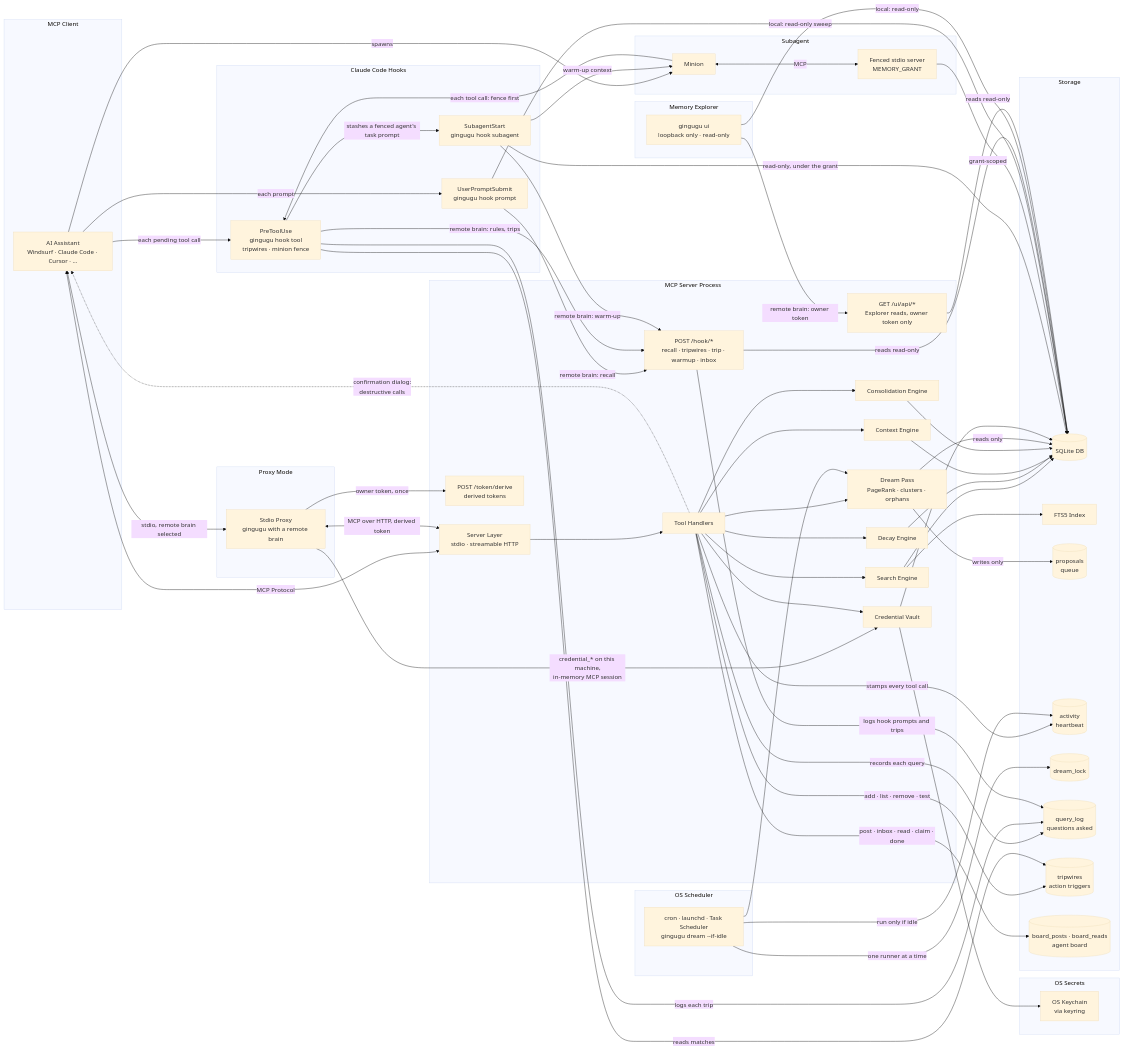
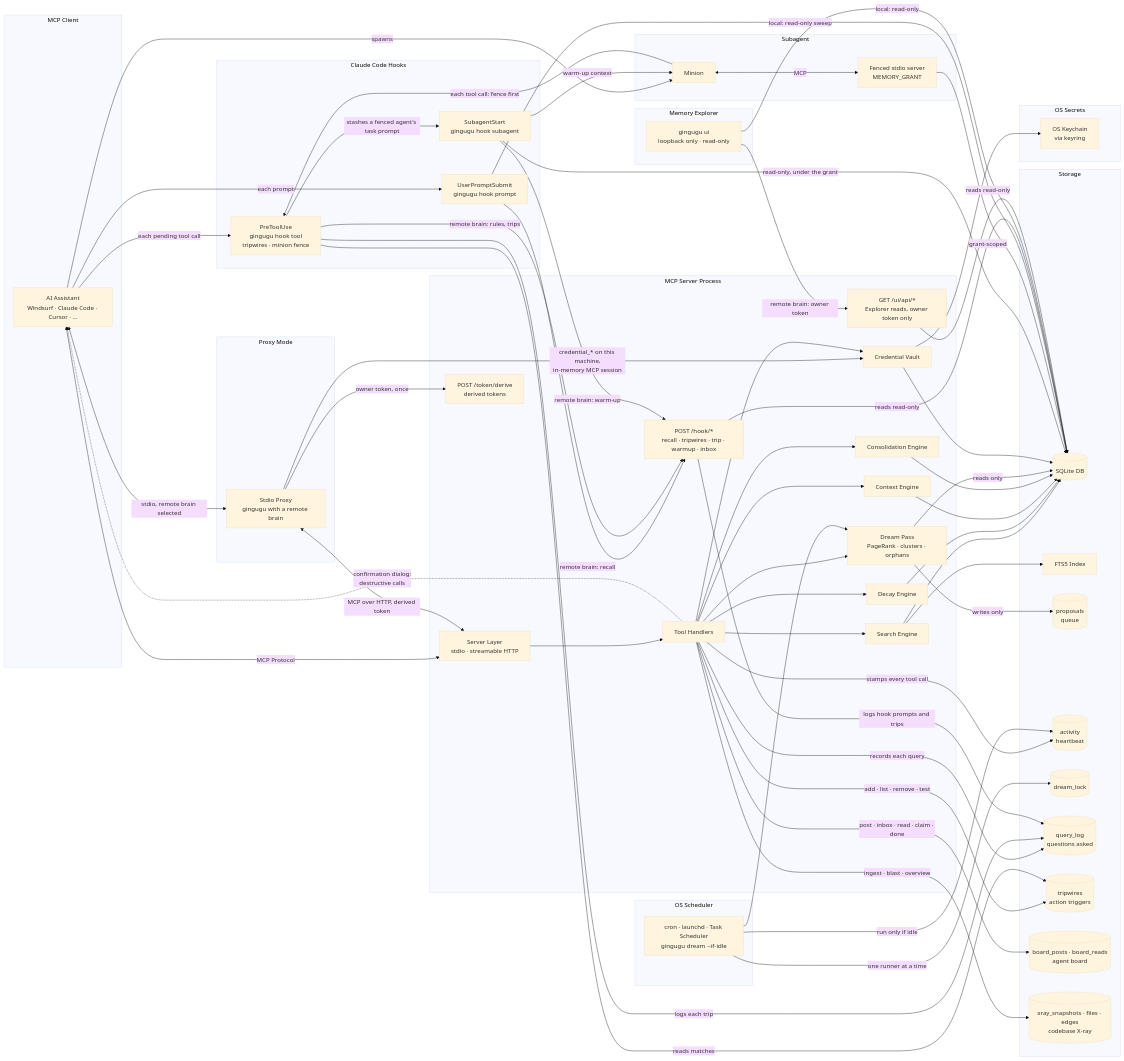
One commit to gingugu/gingugu changed the first of 2 diagrams in docs/architecture.md. Above: the diagram before and after it, drawn with Mermaid (base theme). The commit also changed 6 other files, not shown here.

First line of the commit message:
docs: Codebase X-ray X1 in the knowledge base, README and CHANGELOG

```diff
--- a/docs/architecture.md
+++ b/docs/architecture.md
@@ -89,6 +89,7 @@
         T[(query_log<br/>questions asked)]
         W[(tripwires<br/>action triggers)]
         BP[(board_posts · board_reads<br/>agent board)]
+        XR[(xray_snapshots · files · edges<br/>codebase X-ray)]
     end
 
     subgraph OS Secrets
@@ -121,6 +122,7 @@
     C -->|records each query| T
     C -->|add · list · remove · test| W
     C -->|post · inbox · read · claim · done| BP
+    C -->|ingest · blast · overview| XR
     A -->|each pending tool call| Y
     Y -->|reads matches| W
     Y -->|logs each trip| T
```
